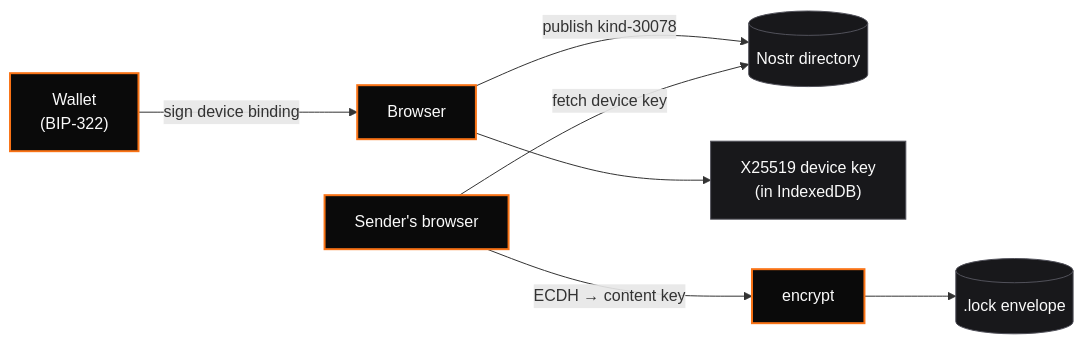
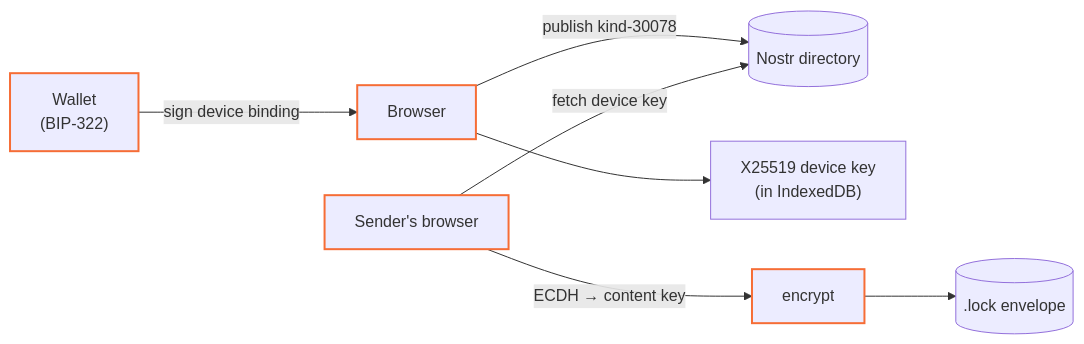
The diagram in src/pages/lock/protocol.mdx (orangecheck/oc-docs), drawn with Mermaid before and after one commit. The commit also changed 26 other files, not shown here.

First line of the commit message:
Docs pages: diagrams that draw in both modes, links that land

````diff
--- a/src/pages/lock/protocol.mdx
+++ b/src/pages/lock/protocol.mdx
@@ -34,14 +34,14 @@
 ```mermaid
 flowchart LR
     W["Wallet<br/>(BIP-322)"] -->|sign device binding| B["Browser"]
     B -->|publish kind-30078| N[("Nostr directory")]
     B --> K["X25519 device key<br/>(in IndexedDB)"]
     S["Sender's browser"] -->|fetch device key| N
     S -->|ECDH → content key| E["encrypt"]
     E --> L[(".lock envelope")]
 
-    classDef base fill:#0a0a0a,stroke:#f97316,stroke-width:2px,color:#fafafa;
-    classDef store fill:#18181b,stroke:#52525b,color:#fafafa;
+    classDef base stroke:#f66d36,stroke-width:2px;
+    classDef store stroke-width:1px;
     class W,B,S,E base;
     class N,K,L store;
 ```
````
